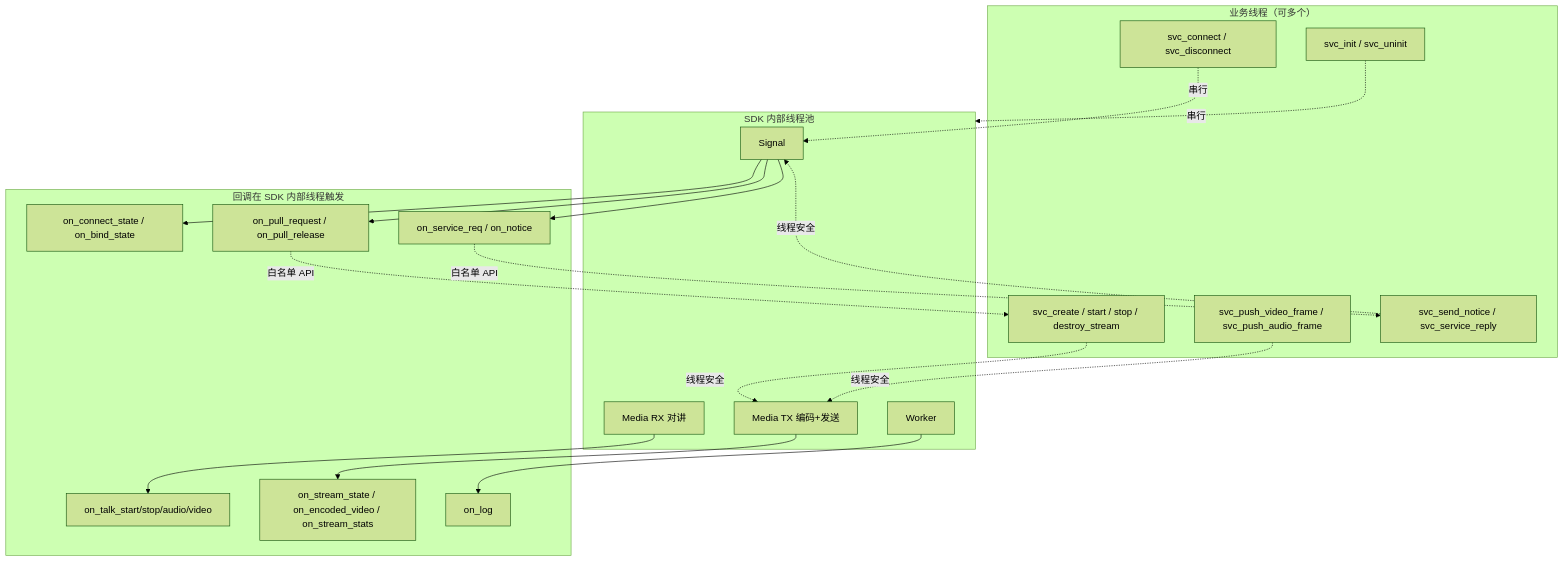
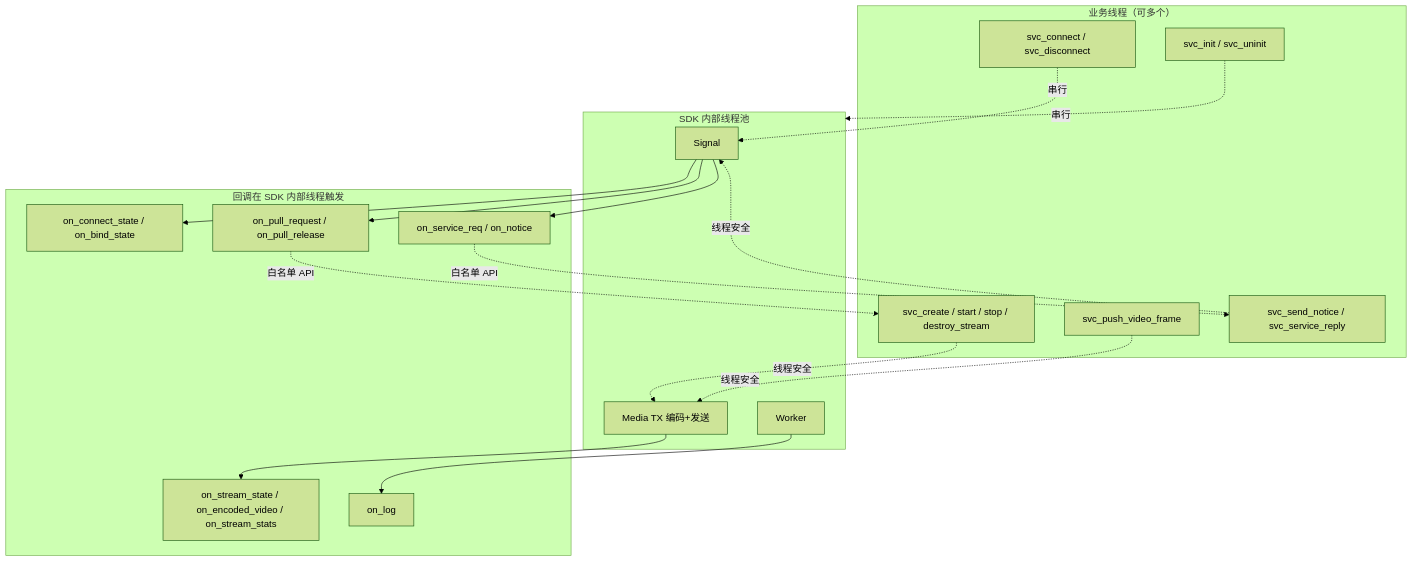
One commit to honeyyaya/libRoboFlow changed the tenth of 11 diagrams in docs/service_api_design.md. Above: the diagram before and after it, drawn with Mermaid (forest theme). The commit also changed other lines of this file and 35 other files, not shown here.

````diff
--- a/docs/service_api_design.md
+++ b/docs/service_api_design.md
@@ -304,42 +269,39 @@
 ```mermaid
 flowchart TB
     subgraph 调用线程["业务线程（可多个）"]
         U1[svc_init / svc_uninit]
         U2[svc_connect / svc_disconnect]
         U3[svc_create / start / stop / destroy_stream]
-        U4[svc_push_video_frame / svc_push_audio_frame]
+        U4[svc_push_video_frame]
         U5[svc_send_notice / svc_service_reply]
     end
 
     subgraph SDK内部["SDK 内部线程池"]
         T1[Signal]
         T2[Media TX 编码+发送]
-        T3[Media RX 对讲]
         T4[Worker]
     end
 
     subgraph 回调目标["回调在 SDK 内部线程触发"]
         CB1[on_connect_state / on_bind_state]
         CB2[on_pull_request / on_pull_release]
         CB3[on_service_req / on_notice]
-        CB4[on_talk_start/stop/audio/video]
-        CB5[on_stream_state / on_encoded_video / on_stream_stats]
-        CB6[on_log]
+        CB4[on_stream_state / on_encoded_video / on_stream_stats]
+        CB5[on_log]
     end
 
     U1 -.串行.-> SDK内部
     U2 -.串行.-> T1
     U3 -.线程安全.-> T2
     U4 -.线程安全.-> T2
     U5 -.线程安全.-> T1
 
     T1 --> CB1
     T1 --> CB2
     T1 --> CB3
-    T3 --> CB4
-    T2 --> CB5
-    T4 --> CB6
+    T2 --> CB4
+    T4 --> CB5
 
     CB2 -.白名单 API.-> U3
     CB3 -.白名单 API.-> U5
 ```
````
